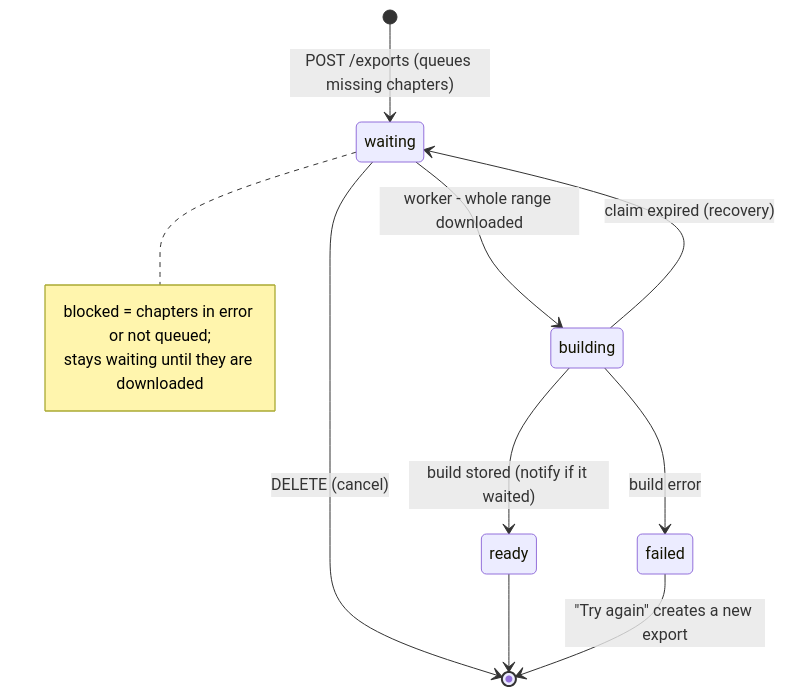
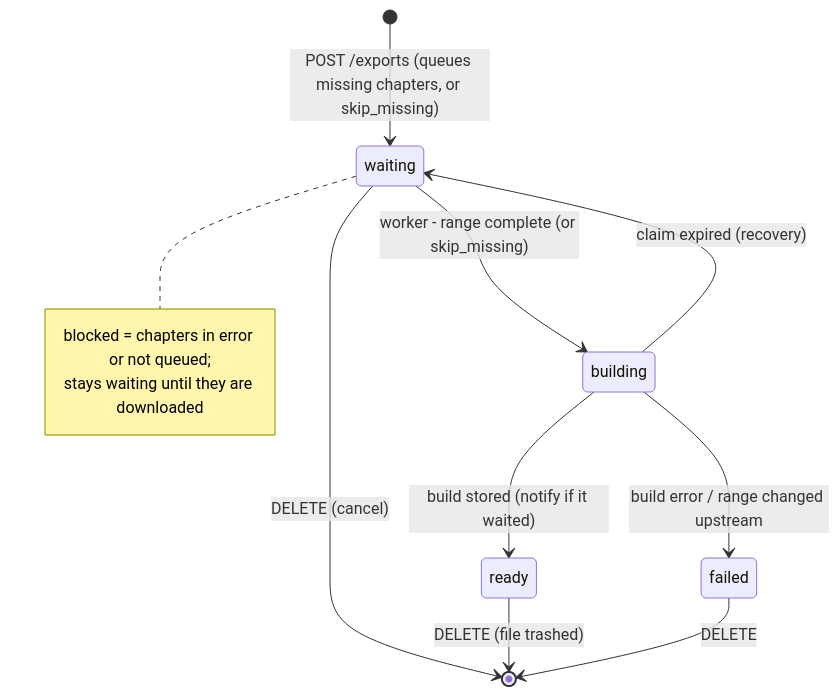
Before and after one commit to t3hk0d3/novelhog: the third of 4 diagrams in docs/superpowers/specs/2026-10-18-novelhog-design.md, drawn with Mermaid. The commit also changed other lines of this file, not shown here.

````diff
--- a/docs/superpowers/specs/2026-10-18-novelhog-design.md
+++ b/docs/superpowers/specs/2026-10-18-novelhog-design.md
@@ -598,15 +759,15 @@
 ```mermaid
 stateDiagram-v2
-    [*] --> waiting: POST /exports (queues missing chapters)
+    [*] --> waiting: POST /exports (queues missing chapters, or skip_missing)
     waiting --> [*]: DELETE (cancel)
-    waiting --> building: worker - whole range downloaded
+    waiting --> building: worker - range complete (or skip_missing)
     building --> ready: build stored (notify if it waited)
-    building --> failed: build error
+    building --> failed: build error / range changed upstream
     building --> waiting: claim expired (recovery)
-    ready --> [*]
-    failed --> [*]: "Try again" creates a new export
+    ready --> [*]: DELETE (file trashed)
+    failed --> [*]: DELETE
     note right of waiting
         blocked = chapters in error or not queued;
         stays waiting until they are downloaded
     end note
 ```
````
